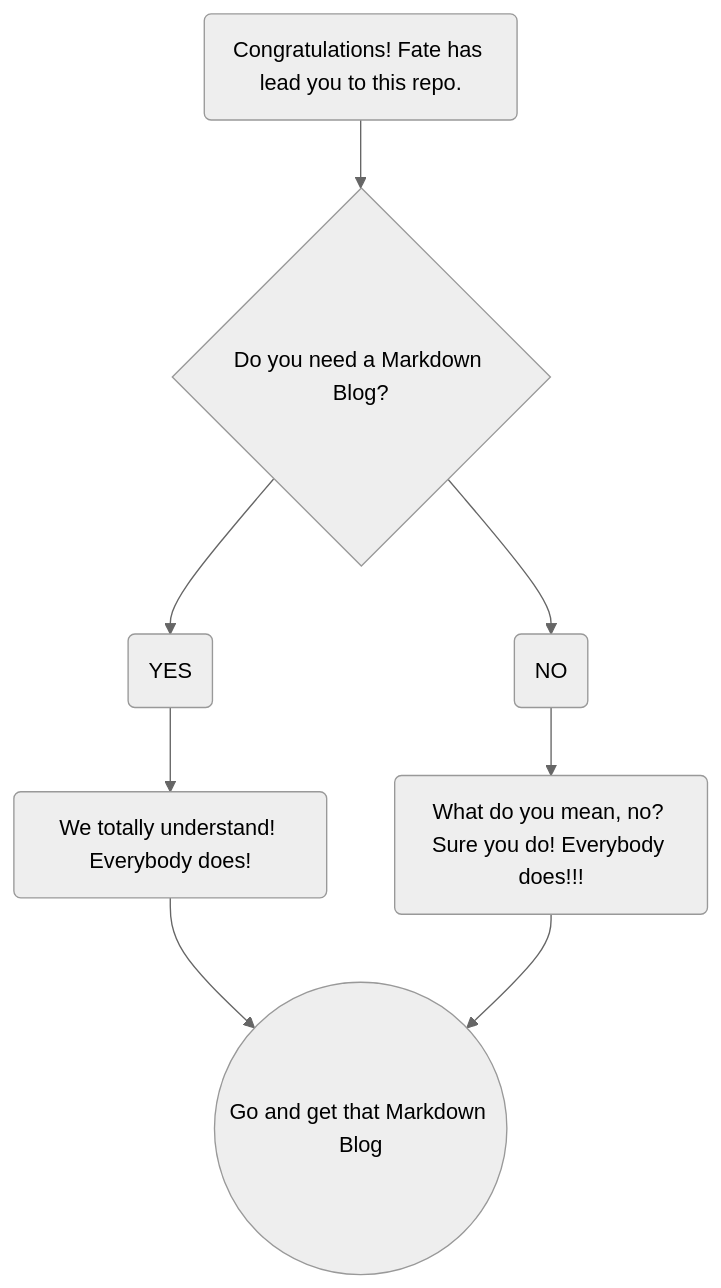
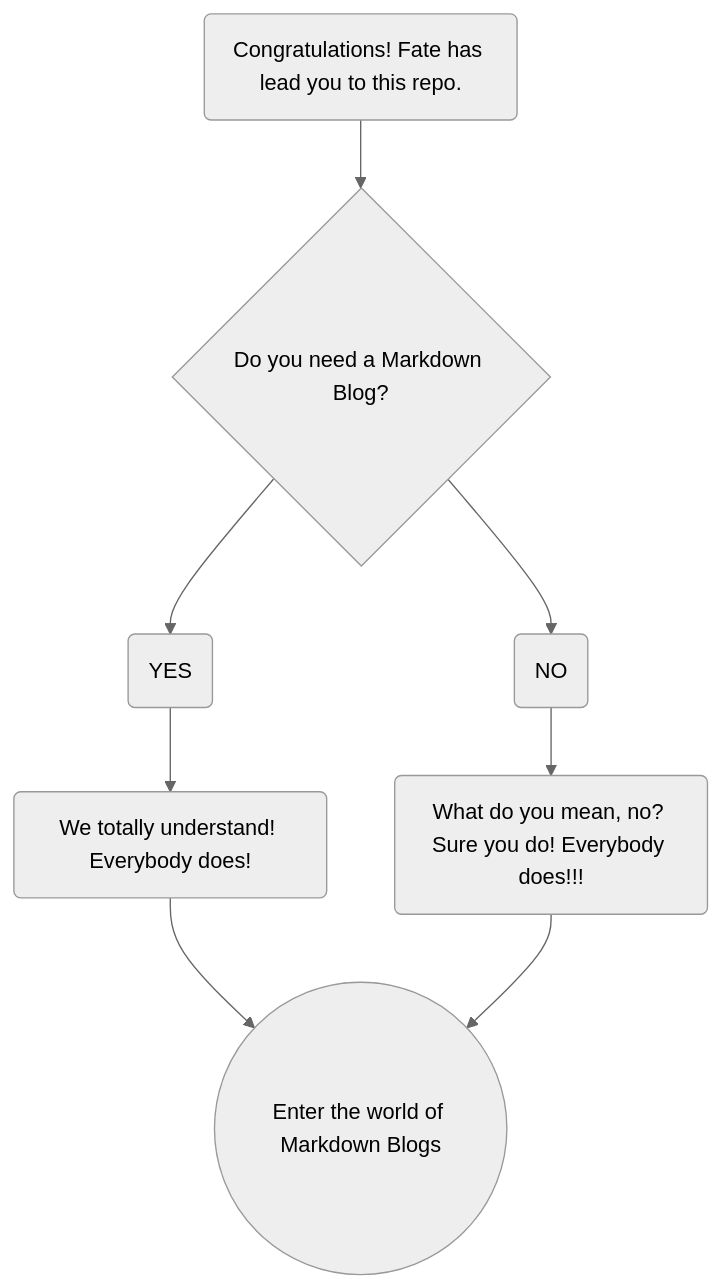
Before and after one commit to MarcellavonderWeppen/mermaid-test: the first of 3 diagrams in README.md, drawn with Mermaid (neutral theme).

````diff
--- a/README.md
+++ b/README.md
@@ -1,10 +1,10 @@
 ```mermaid
 flowchart TB
 A(Congratulations! Fate has lead you to this repo.)-->B{Do you need a Markdown Blog?}
 B-->C(YES)
 C-->Ca(We totally understand! Everybody does!)
 B-->D(NO)
-Ca-->END((Go and get that Markdown Blog))
+Ca-->END((Enter the world of Markdown Blogs))
 D-->Da(What do you mean, no? Sure you do! Everybody does!!!)
 Da-->END
 ```
````
